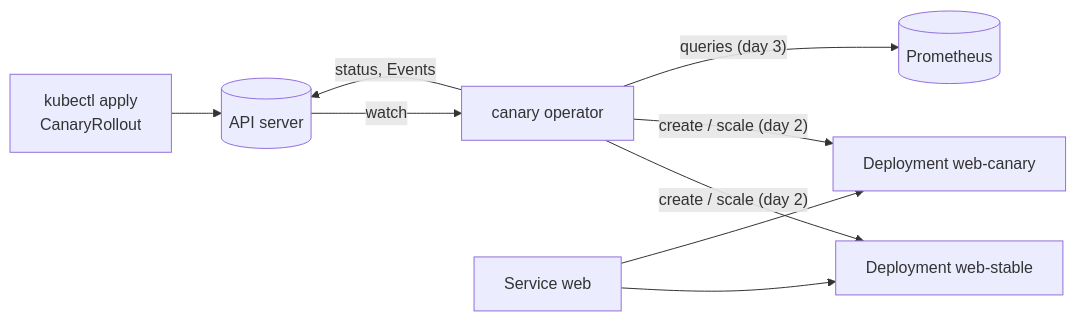
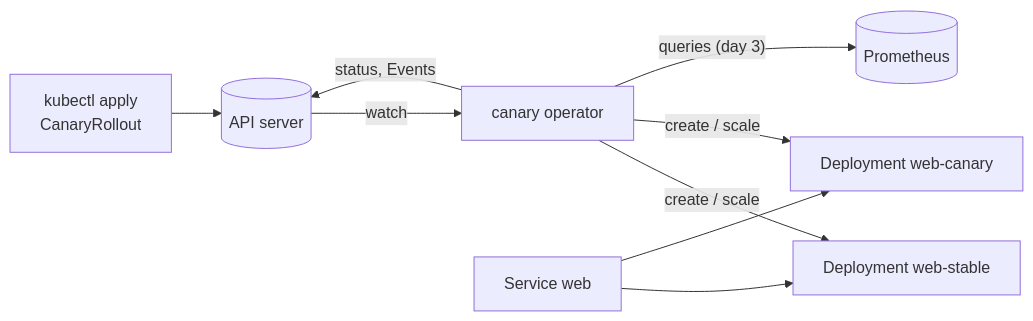
One commit to vivekdavara/canary changed the diagram in README.md. Above: the diagram before and after it, drawn with Mermaid. The commit also changed other lines of this file, not shown here.

First line of the commit message:
README: day 2's rollout, tests, results and what went wrong

````diff
--- a/README.md
+++ b/README.md
@@ -22,11 +24,11 @@
 ```mermaid
 flowchart LR
   user["kubectl apply<br/>CanaryRollout"] --> api[(API server)]
   api -- watch --> op["canary operator"]
-  op -- "create / scale (day 2)" --> stable["Deployment web-stable"]
-  op -- "create / scale (day 2)" --> canary["Deployment web-canary"]
+  op -- "create / scale" --> stable["Deployment web-stable"]
+  op -- "create / scale" --> canary["Deployment web-canary"]
   op -- "status, Events" --> api
   op -- "queries (day 3)" --> prom[(Prometheus)]
   svc["Service web"] --> stable
   svc --> canary
 ```
````
